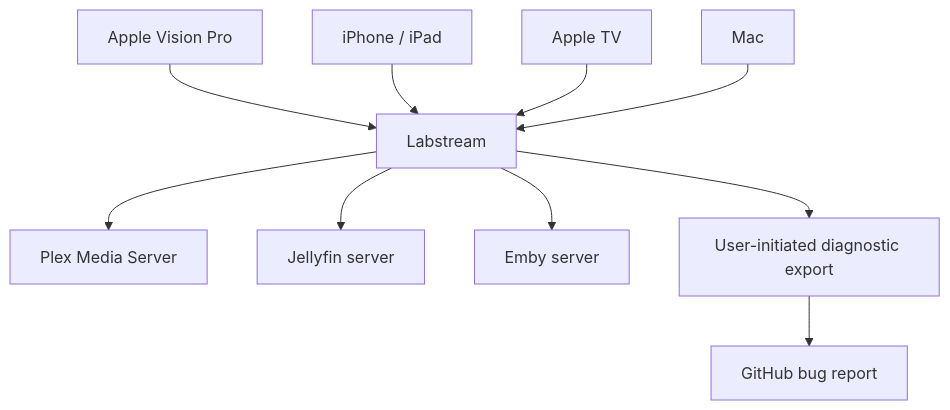
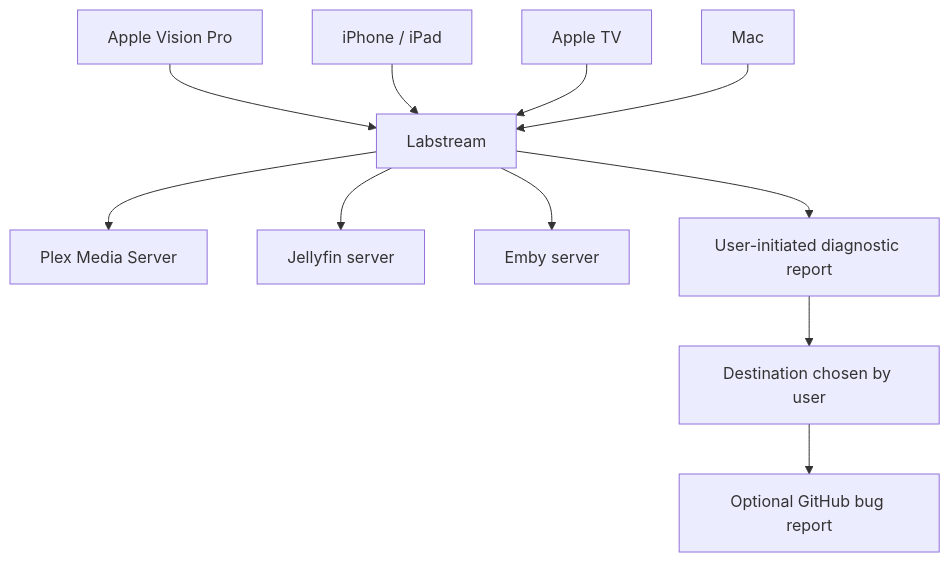
The diagram in docs/index.md (jlipworth/Labstream), drawn with Mermaid before and after one commit. The commit also changed other lines of this file and 53 other files, not shown here.

First line of the commit message:
Audit documentation accuracy and organize GitHub Pages (#319)

````diff
--- a/docs/index.md
+++ b/docs/index.md
@@ -15,14 +18,15 @@
 ```mermaid
 flowchart TD
   accTitle: Labstream service topology
-  accDescr: Labstream has pre-release targets for Apple Vision Pro, iPhone, iPad, Apple TV, and Mac; it connects directly to a user-selected Plex, Jellyfin, or Emby server and exports diagnostics only when the user chooses to report a bug.
+  accDescr: Labstream has pre-release targets for Apple Vision Pro, iPhone, iPad, Apple TV, and Mac; it connects directly to a user-selected Plex, Jellyfin, or Emby server and makes a diagnostic report available only after the user chooses to copy, export, or share it.
   Spatial[Apple Vision Pro] --> App[Labstream]
   Mobile[iPhone / iPad] --> App
   TV[Apple TV] --> App
   Mac[Mac] --> App
   App --> Plex[Plex Media Server]
   App --> Jellyfin[Jellyfin server]
   App --> Emby[Emby server]
-  App --> Report[User-initiated diagnostic export]
-  Report --> Issue[GitHub bug report]
+  App --> Report[User-initiated diagnostic report]
+  Report --> Destination[Destination chosen by user]
+  Destination --> Issue[Optional GitHub bug report]
 ```
````
